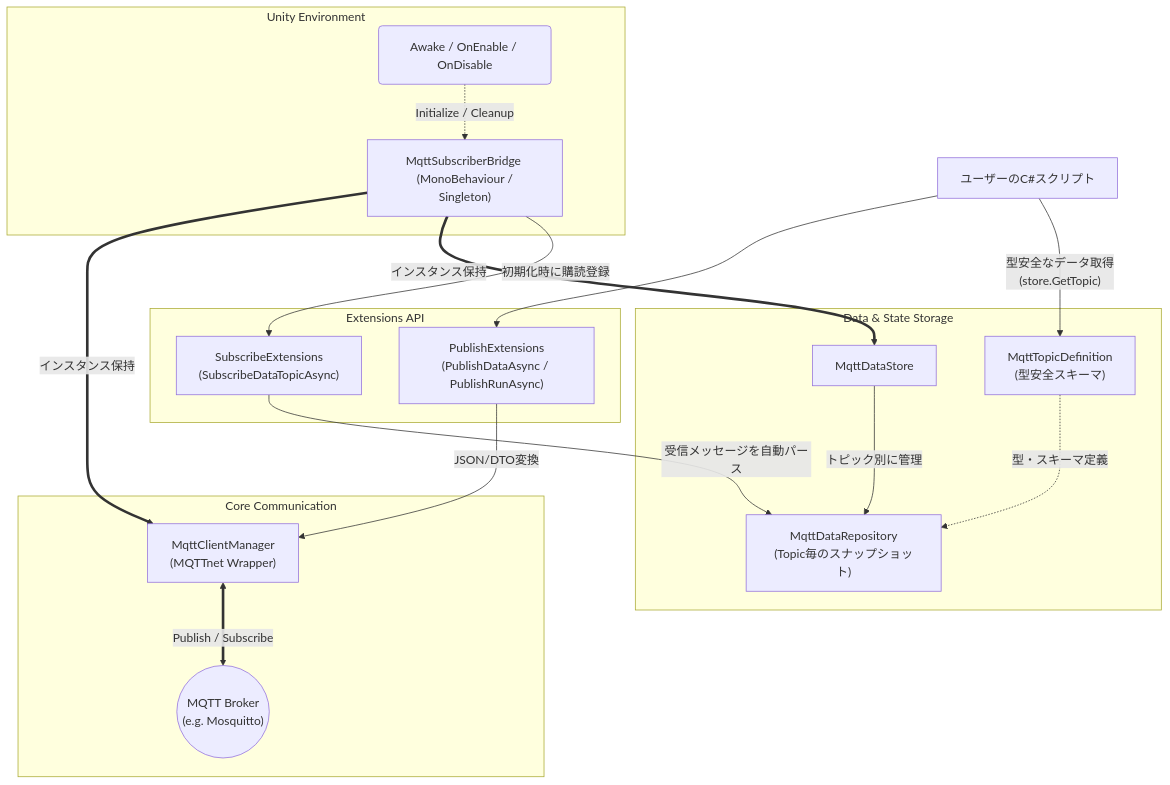
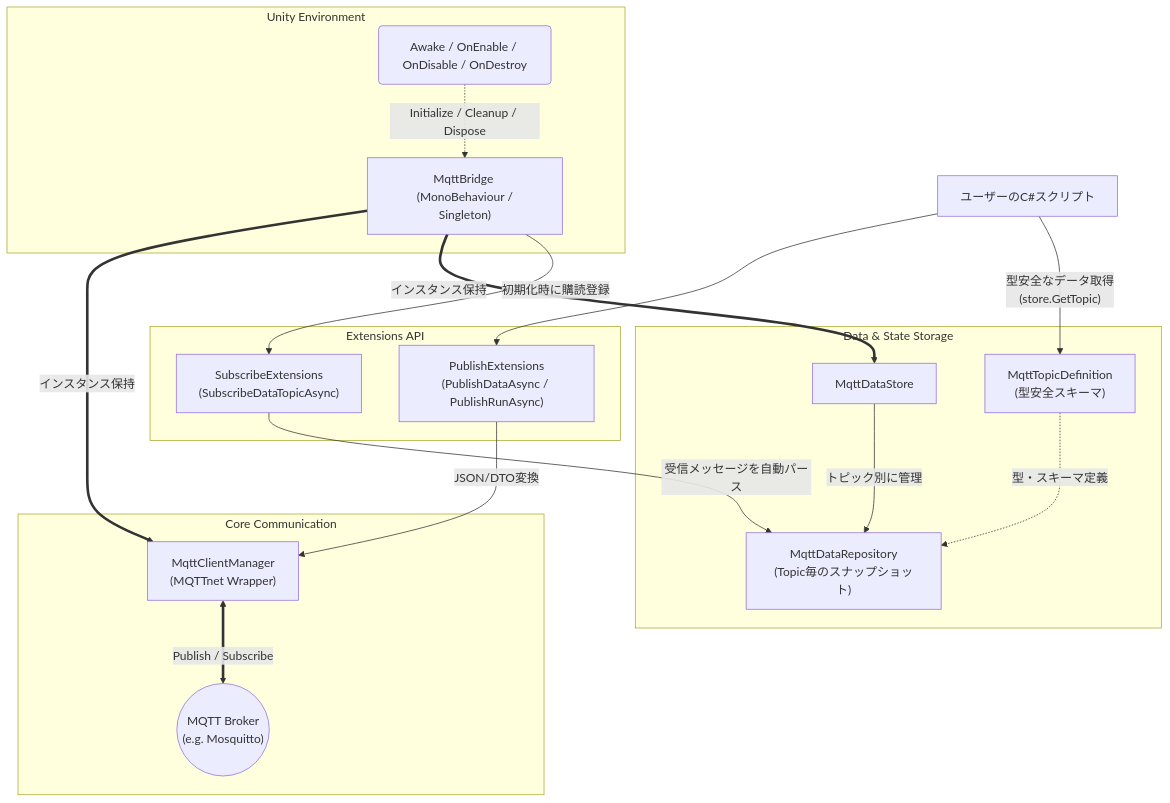
The diagram in README.md (toshi0515/PullSub), drawn with Mermaid before and after one commit. The commit also changed other lines of this file and 10 other files, not shown here.

````diff
--- a/README.md
+++ b/README.md
@@ -113,49 +115,49 @@
 ```mermaid
 graph TD
     %% ----- スターター & ライフサイクル層 -----
     subgraph Unity Environment
-        Bridge["MqttSubscriberBridge <br> (MonoBehaviour / Singleton)"]
+        Bridge["MqttBridge <br> (MonoBehaviour / Singleton)"]
         
         %% ライフサイクルイベント
-        UnityEvents(Awake / OnEnable / OnDisable) -. "Initialize / Cleanup" .-> Bridge
+        UnityEvents(Awake / OnEnable / OnDisable / OnDestroy) -. "Initialize / Cleanup / Dispose" .-> Bridge
     end
 
     %% ----- コア通信層 -----
     subgraph Core Communication
         Manager["MqttClientManager<br>(MQTTnet Wrapper)"]
         Broker(("MQTT Broker<br>(e.g. Mosquitto)"))
     end
 
     %% ----- データ管理層 -----
     subgraph Data & State Storage
         Store["MqttDataStore"]
         Repo["MqttDataRepository<br>(Topic毎のスナップショット)"]
         Definition["MqttTopicDefinition<br>(型安全スキーマ)"]
     end
 
     %% ----- 拡張メソッド群 -----
     subgraph Extensions API
         SubscribeExt["SubscribeExtensions<br>(SubscribeDataTopicAsync)"]
         PublishExt["PublishExtensions<br>(PublishDataAsync / PublishRunAsync)"]
     end
 
     %% ===== エッジ / データの流れ =====
     
     %% Bridge の依存関係
     Bridge == "インスタンス保持" ==> Manager
     Bridge == "インスタンス保持" ==> Store
     
     %% Manager と Broker の通信
     Manager <== "Publish / Subscribe" ==> Broker
 
     %% 受信（Subscribe）フロー
     Bridge -- "初期化時に購読登録" --> SubscribeExt
     SubscribeExt -- "受信メッセージを自動パース" --> Repo
     Store -- "トピック別に管理" --> Repo
     Definition -. "型・スキーマ定義" .-> Repo
     
     %% 送信（Publish）フロー
     UserScripts["ユーザーのC#スクリプト"] --> PublishExt
     PublishExt -- "JSON/DTO変換" --> Manager
     UserScripts -- "型安全なデータ取得<br>(store.GetTopic)" --> Definition
 ```
````
